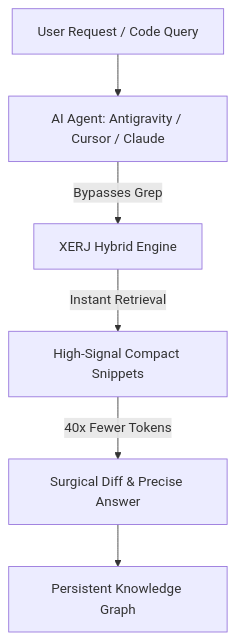
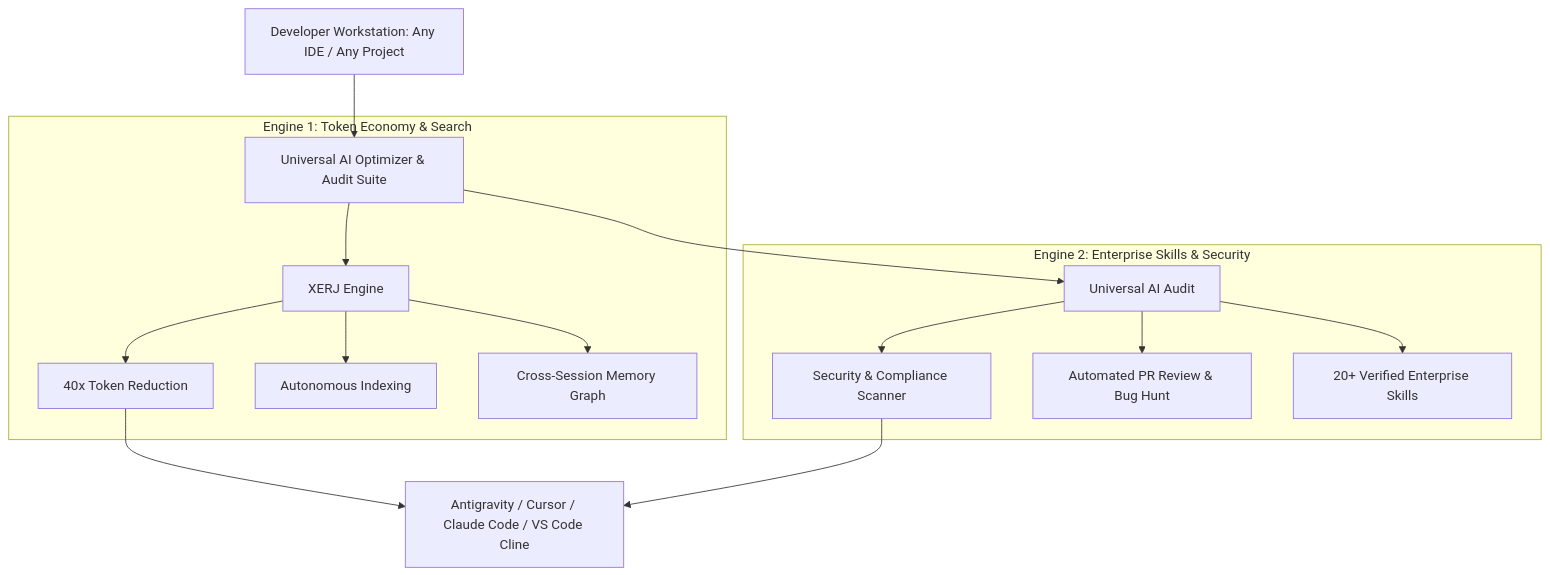
The diagram in README.md (taimazus/universal-ai-optimizer), drawn with Mermaid before and after one commit. The commit also changed other lines of this file and 2 other files, not shown here.

Commit message:
feat: upgrade to dual suite installer (XERJ + universal-ai-audit)

````diff
--- a/README.md
+++ b/README.md
@@ -21,8 +18,20 @@
 ```mermaid
 graph TD
-    UserReq[User Request / Code Query] --> Agent[AI Agent: Antigravity / Cursor / Claude]
-    Agent -->|Bypasses Grep| XerjEngine[XERJ Hybrid Engine]
-    XerjEngine -->|Instant Retrieval| CompactResult[High-Signal Compact Snippets]
-    CompactResult -->|40x Fewer Tokens| CleanAnswer[Surgical Diff & Precise Answer]
-    CleanAnswer --> Memory[Persistent Knowledge Graph]
+    Workstation[Developer Workstation: Any IDE / Any Project] --> Suite[Universal AI Optimizer & Audit Suite]
+    
+    subgraph Engine 1: Token Economy & Search
+        Suite --> Xerj[XERJ Engine]
+        Xerj --> S1[40x Token Reduction]
+        Xerj --> S2[Autonomous Indexing]
+        Xerj --> S3[Cross-Session Memory Graph]
+    end
+    
+    subgraph Engine 2: Enterprise Skills & Security
+        Suite --> Audit[Universal AI Audit]
+        Audit --> A1[Security & Compliance Scanner]
+        Audit --> A2[Automated PR Review & Bug Hunt]
+        Audit --> A3[20+ Verified Enterprise Skills]
+    end
+    
+    S1 & A1 --> Agents[Antigravity / Cursor / Claude Code / VS Code Cline]
 ```
````
